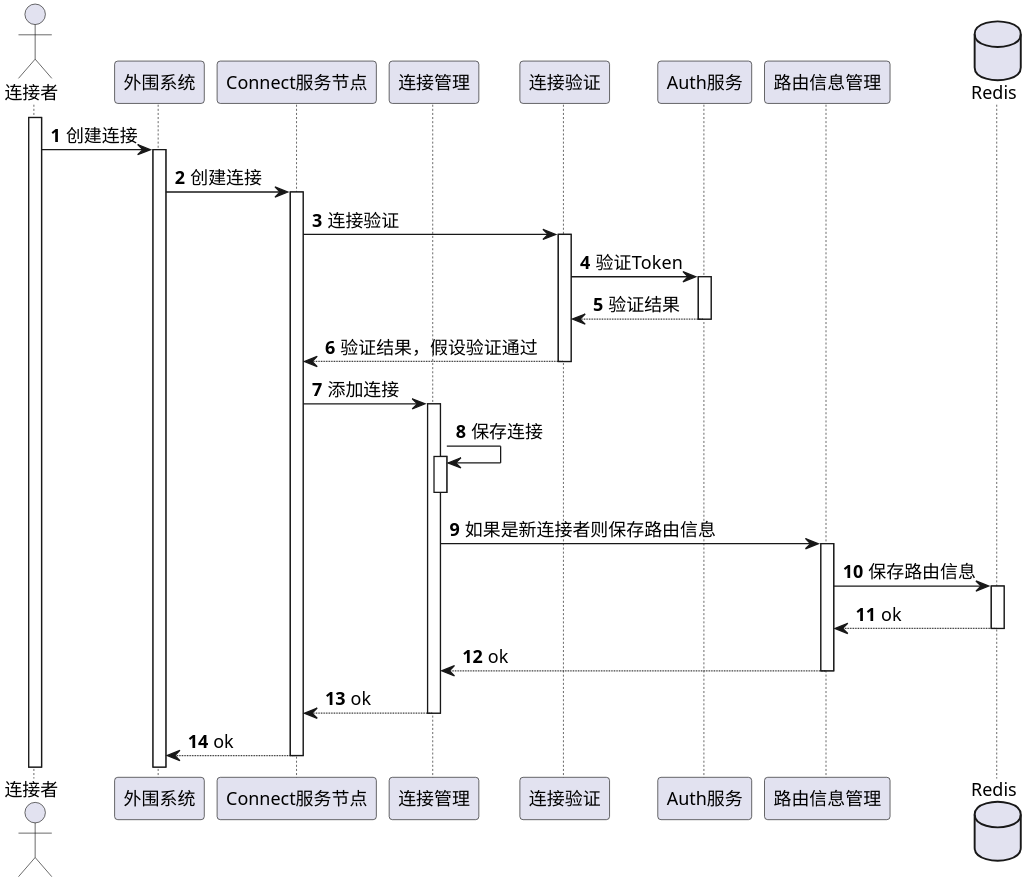
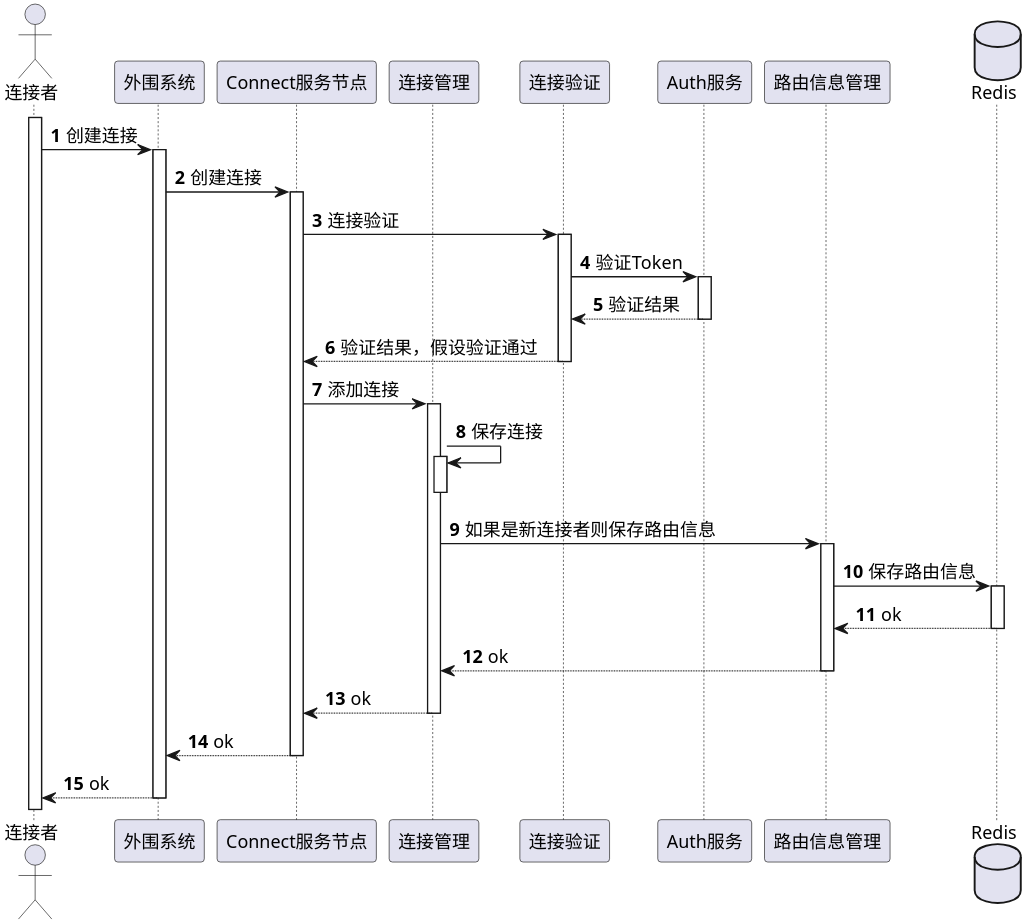
The diagram in uml/connect/时序图 无网关.puml (Etherealss/MessagePusher), drawn with PlantUML before and after one commit. The commit also changed 18 other files, not shown here.

```diff
--- a/uml/connect/时序图 无网关.puml
+++ b/uml/connect/时序图 无网关.puml
@@ -1,40 +1,42 @@
 @startuml
 
 'https://plantuml.com/sequence-diagram
 
 skinparam shadowing false
 skinparam defaultFontName xfonts-wqy
+skinparam defaultFontName times
 skinparam dpi 300
 skinparam activity  {
     DiamondFontSize 14
     ArrowFontSize 14
     FontSize 14
 }
 autonumber
 
 actor 连接者 as Client
 participant 外围系统 as Server
 participant Connect服务节点 as Connect
 participant 连接管理 as ServerConnContainer
 participant 连接验证 as ConnAuthHandler
 participant Auth服务 as AuthServer
 participant 路由信息管理 as RouteAddressManager
 database Redis
 
 activate Client
 Client -> Server ++: 创建连接
 Server -> Connect ++: 创建连接
 Connect -> ConnAuthHandler ++: 连接验证
 ConnAuthHandler -> AuthServer ++: 验证Token
 return 验证结果
 return 验证结果，假设验证通过
 Connect -> ServerConnContainer ++: 添加连接
 ServerConnContainer -> ServerConnContainer++--: 保存连接
 ServerConnContainer -> RouteAddressManager++: 如果是新连接者则保存路由信息
 RouteAddressManager -> Redis ++: 保存路由信息
 return ok
 return ok
 return ok
 return ok
+return ok
 
 @enduml
```
